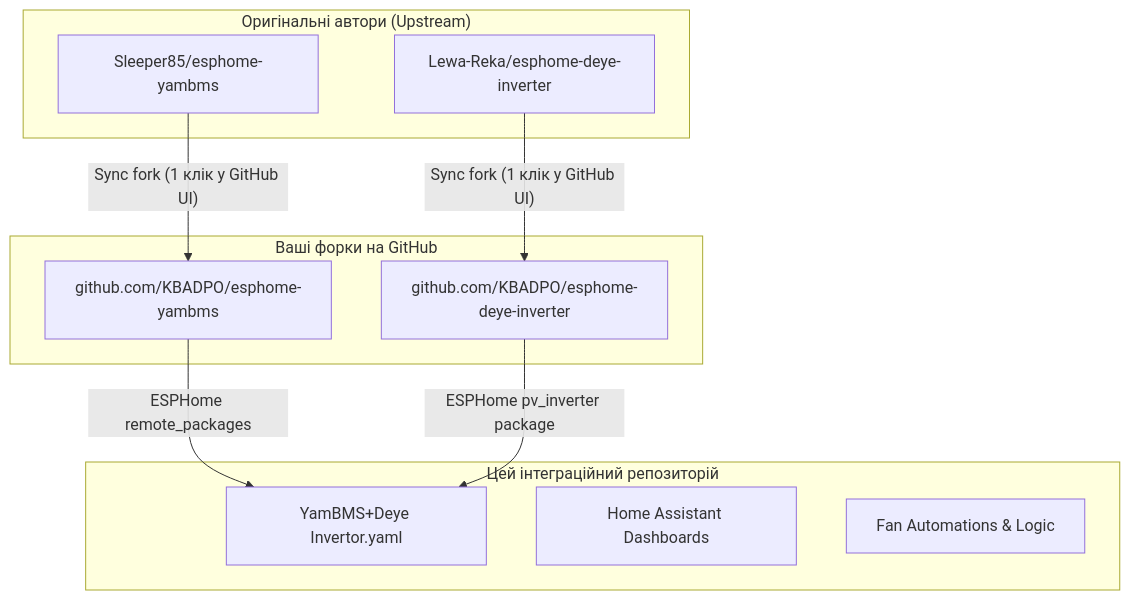
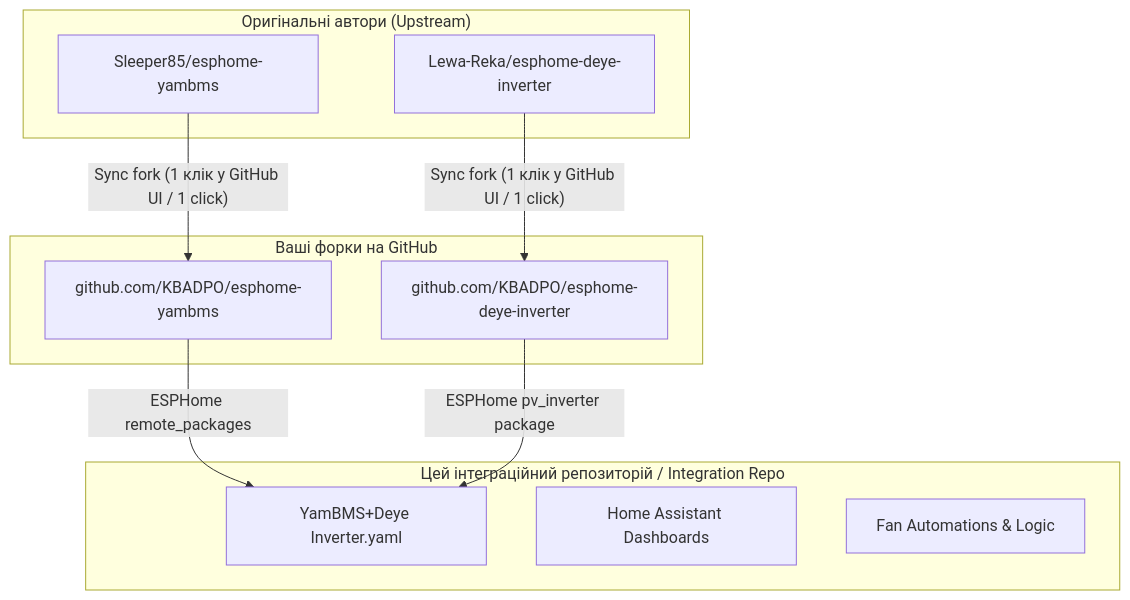
The diagram in README.md (KBADPO/YamBMS-Deye-Inverter-Fan), drawn with Mermaid before and after one commit. The commit also changed other lines of this file and 6 other files, not shown here.

````diff
--- a/README.md
+++ b/README.md
@@ -22,23 +22,23 @@
 ```mermaid
 flowchart TD
     subgraph Upstream["Оригінальні автори (Upstream)"]
         U1["Sleeper85/esphome-yambms"]
         U2["Lewa-Reka/esphome-deye-inverter"]
     end
 
     subgraph YourForks["Ваші форки на GitHub"]
         F1["github.com/KBADPO/esphome-yambms"]
         F2["github.com/KBADPO/esphome-deye-inverter"]
     end
 
-    subgraph MainRepo["Цей інтеграційний репозиторій"]
-        CFG["YamBMS+Deye Invertor.yaml"]
+    subgraph MainRepo["Цей інтеграційний репозиторій / Integration Repo"]
+        CFG["YamBMS+Deye Inverter.yaml"]
         DASH["Home Assistant Dashboards"]
         FAN["Fan Automations & Logic"]
     end
 
-    U1 -- "Sync fork (1 клік у GitHub UI)" --> F1
-    U2 -- "Sync fork (1 клік у GitHub UI)" --> F2
+    U1 -- "Sync fork (1 клік у GitHub UI / 1 click)" --> F1
+    U2 -- "Sync fork (1 клік у GitHub UI / 1 click)" --> F2
     F1 -- "ESPHome remote_packages" --> CFG
     F2 -- "ESPHome pv_inverter package" --> CFG
 ```
````
